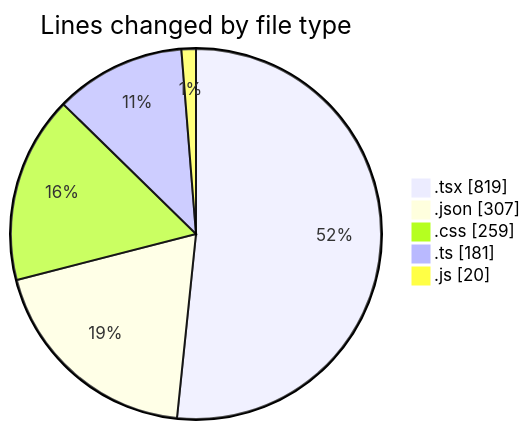
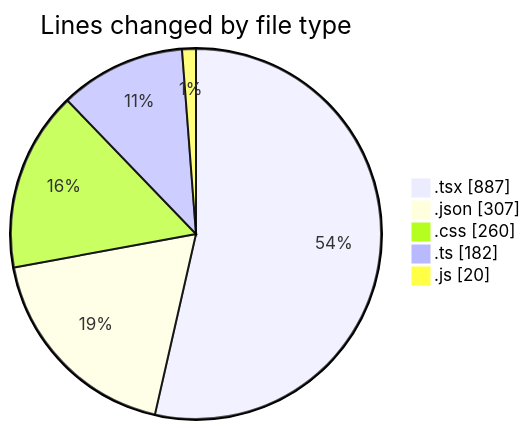
One commit to Elitesun/code-tracking changed the first of 2 diagrams in 2025-05-04/niten/README.md. Above: the diagram before and after it, drawn with Mermaid. The commit also changed other lines of this file and 1 other file, not shown here.

````diff
--- a/2025-05-04/niten/README.md
+++ b/2025-05-04/niten/README.md
@@ -40,9 +40,9 @@
 ```mermaid
 pie showData
 title Lines changed by file type
-".tsx" : 819
+".tsx" : 887
 ".json" : 307
-".css" : 259
-".ts" : 181
+".css" : 260
+".ts" : 182
 ".js" : 20
 ```
````
